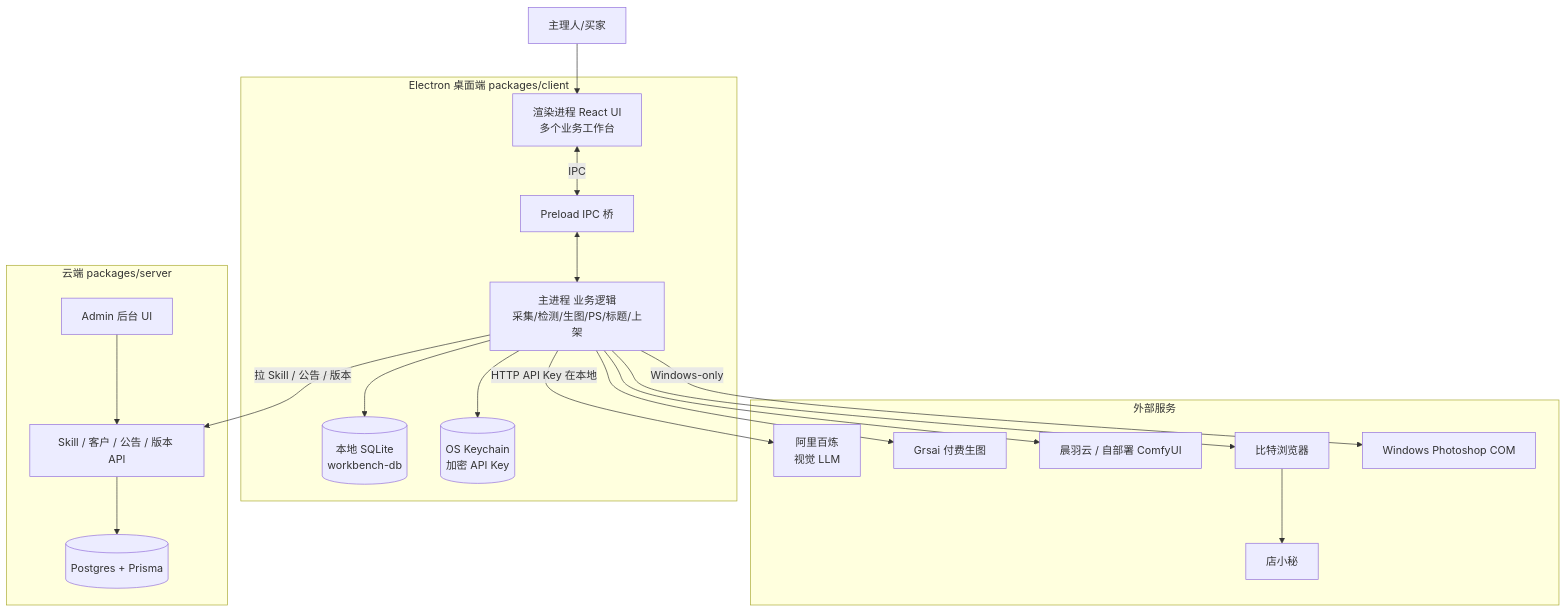
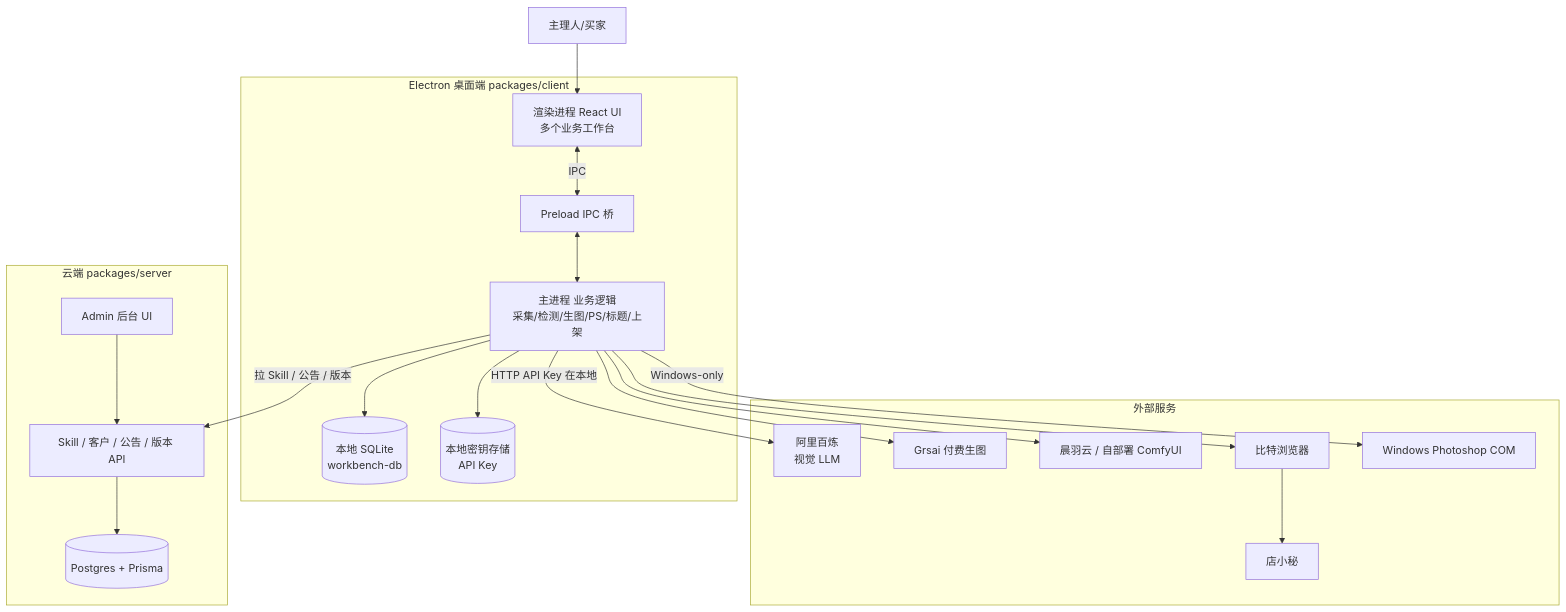
The first of 4 diagrams in docs/PROJECT_TOUR.md (axgiroud312-byte/tengyu-aipod), drawn with Mermaid before and after one commit. The commit also changed other lines of this file and 11 other files, not shown here.

````diff
--- a/docs/PROJECT_TOUR.md
+++ b/docs/PROJECT_TOUR.md
@@ -39,38 +39,38 @@
 ```mermaid
 graph TB
     User[主理人/买家]
     subgraph Desktop[Electron 桌面端 packages/client]
         Renderer[渲染进程 React UI<br/>多个业务工作台]
         Main[主进程 业务逻辑<br/>采集/检测/生图/PS/标题/上架]
         Preload[Preload IPC 桥]
         DB[(本地 SQLite<br/>workbench-db)]
-        Keychain[(OS Keychain<br/>加密 API Key)]
+        Keychain[(本地密钥存储<br/>API Key)]
     end
     subgraph Cloud[云端 packages/server]
         Admin[Admin 后台 UI]
         API[Skill / 客户 / 公告 / 版本 API]
         PG[(Postgres + Prisma)]
     end
     subgraph Externals[外部服务]
         Bailian[阿里百炼<br/>视觉 LLM]
         Grsai[Grsai 付费生图]
         Comfy[晨羽云 / 自部署 ComfyUI]
         BitB[比特浏览器]
         PS[Windows Photoshop COM]
         Dianxiaomi[店小秘]
     end
 
     User --> Renderer
     Renderer <-->|IPC| Preload <--> Main
     Main --> DB
     Main --> Keychain
     Main -->|拉 Skill / 公告 / 版本| API
     Main -->|HTTP API Key 在本地| Bailian
     Main --> Grsai
     Main --> Comfy
     Main --> BitB
     BitB --> Dianxiaomi
     Main -->|Windows-only| PS
     Admin --> API
     API --> PG
 ```
````
